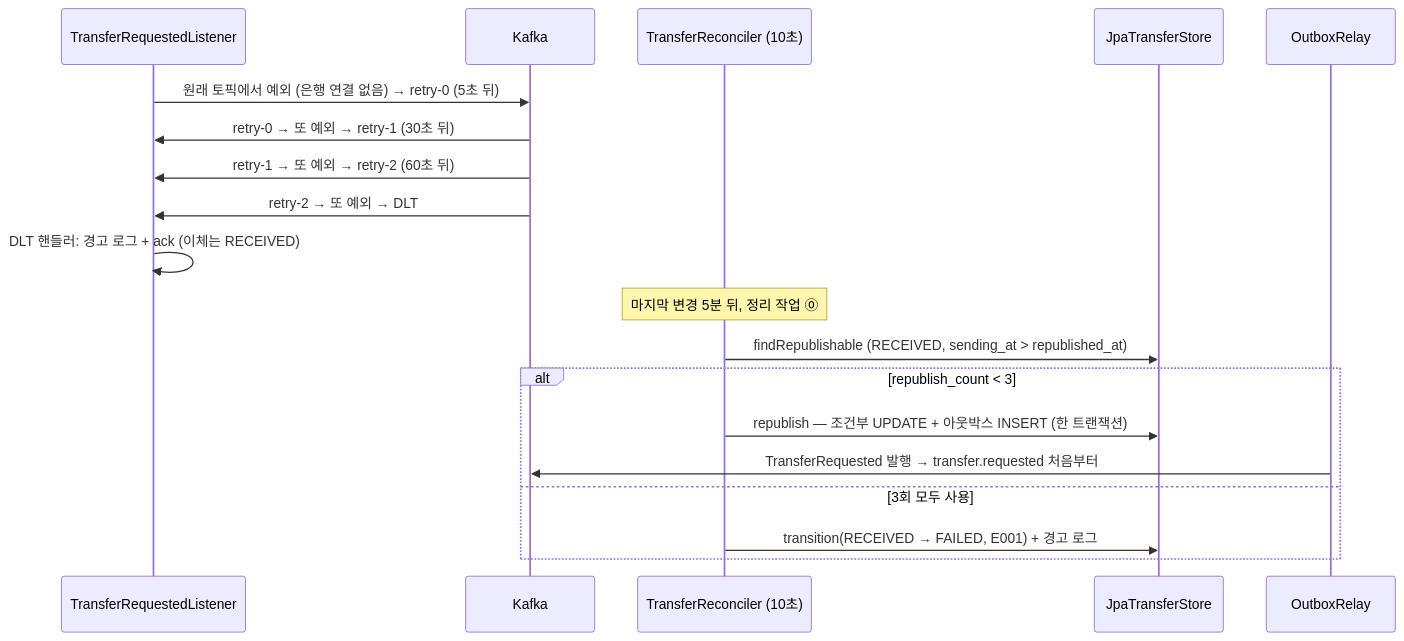
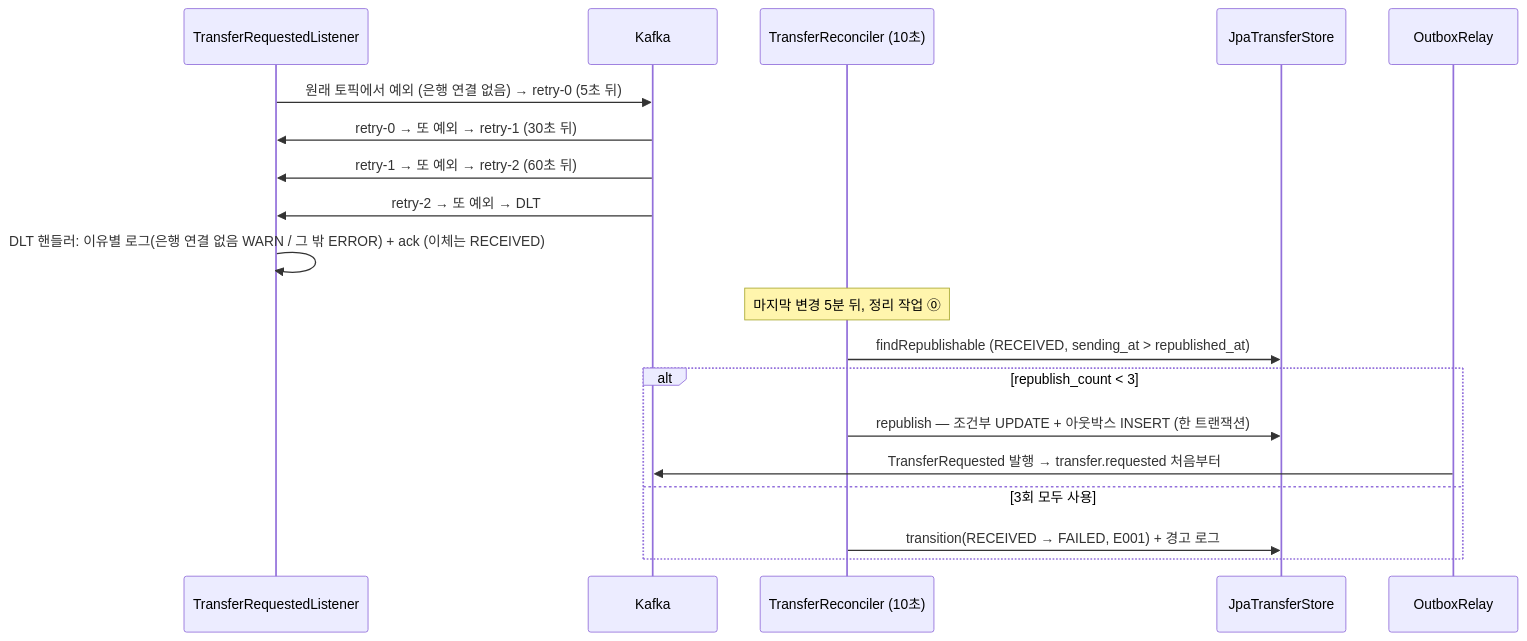
One commit to hyeokjinON/bank-transfer changed the fifth of 5 diagrams in ARCHITECTURE.md. Above: the diagram before and after it, drawn with Mermaid. The commit also changed 7 other files, not shown here.

First line of the commit message:
docs: 포기까지 약 26분으로 정정 · DLT 이유별 조치 · 알려진 한계 추가 (P3-3b 최종 리뷰)

````diff
--- a/ARCHITECTURE.md
+++ b/ARCHITECTURE.md
@@ -212,21 +212,21 @@
 ```mermaid
 sequenceDiagram
     participant L as TransferRequestedListener
     participant K as Kafka
     participant R as TransferReconciler (10초)
     participant D as JpaTransferStore
     participant O as OutboxRelay
     L->>K: 원래 토픽에서 예외 (은행 연결 없음) → retry-0 (5초 뒤)
     K->>L: retry-0 → 또 예외 → retry-1 (30초 뒤)
     K->>L: retry-1 → 또 예외 → retry-2 (60초 뒤)
     K->>L: retry-2 → 또 예외 → DLT
-    L->>L: DLT 핸들러: 경고 로그 + ack (이체는 RECEIVED)
+    L->>L: DLT 핸들러: 이유별 로그(은행 연결 없음 WARN / 그 밖 ERROR) + ack (이체는 RECEIVED)
     Note over R: 마지막 변경 5분 뒤, 정리 작업 ⓪
     R->>D: findRepublishable (RECEIVED, sending_at > republished_at)
     alt republish_count < 3
         R->>D: republish — 조건부 UPDATE + 아웃박스 INSERT (한 트랜잭션)
         O->>K: TransferRequested 발행 → transfer.requested 처음부터
     else 3회 모두 사용
         R->>D: transition(RECEIVED → FAILED, E001) + 경고 로그
     end
 ```
````
